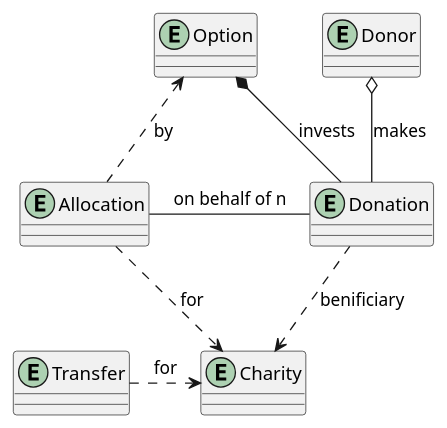
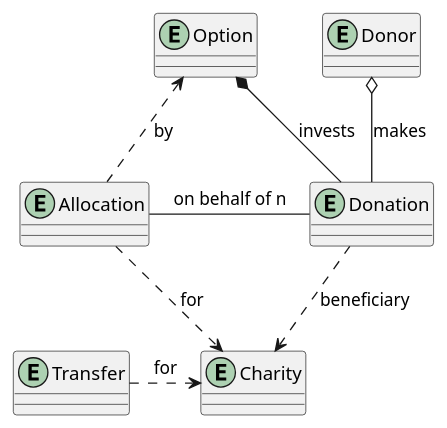
Before and after one commit to joost-morsink/FF-admin-module: the diagram in wiki/index.md, drawn with PlantUML. The commit also changed other lines of this file and 24 other files, not shown here.

````diff
--- a/wiki/index.md
+++ b/wiki/index.md
@@ -17,25 +20,25 @@
 ```plantuml
 @startuml
 entity Donor
 entity Donation
 entity Charity
 entity Option
 entity Allocation
 entity Transfer
 
 Donor o-- Donation : makes
-Donation ..> Charity : benificiary
+Donation ..> Charity : beneficiary
 Option *-- Donation : invests
 
 Allocation - Donation : on behalf of n
 Allocation ..> Charity : for
 Option <.. Allocation : by
 Transfer .> Charity : for
 url for Donor [[./donor]]
 url for Donation [[./donation]]
 url for Charity [[./charity]]
 url for Option [[./option]]
 url for Allocation [[./allocation]]
 url for Transfer [[./transfer]]
 @enduml
 ```
````
